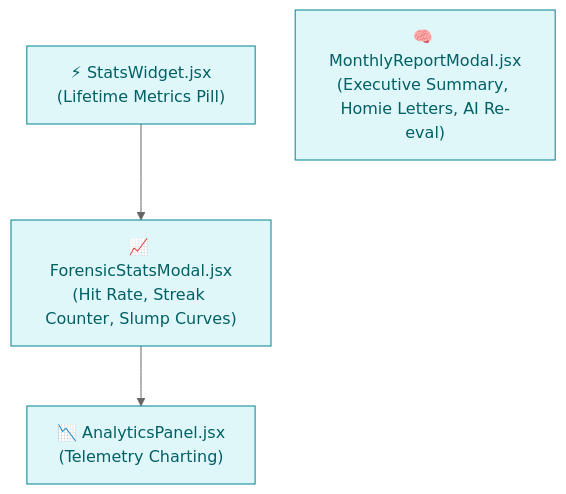
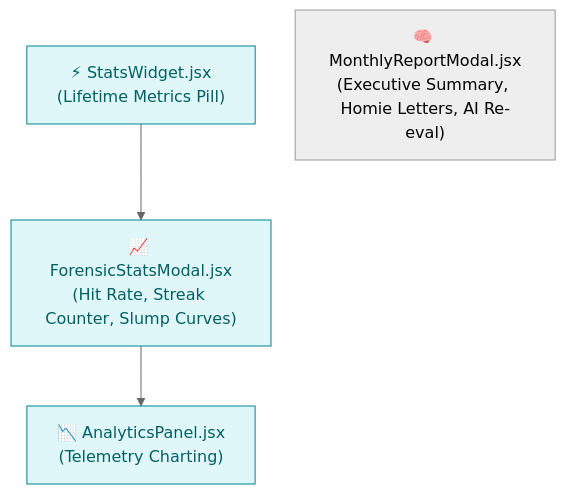
One commit to TRINNO112/shit-or-hit changed the seventh of 9 diagrams in README.md. Above: the diagram before and after it, drawn with Mermaid (neutral theme). The commit also changed other lines of this file and 24 other files, not shown here.

````diff
--- a/README.md
+++ b/README.md
@@ -177,15 +182,16 @@
 ```mermaid
 %%{init: {'flowchart': {'nodeSpacing': 40, 'rankSpacing': 60, 'curve': 'basis'}}}%%
 flowchart TD
     StatsWidget["⚡ StatsWidget.jsx<br/>(Lifetime Metrics Pill)"]
     ForensicModal["📈 ForensicStatsModal.jsx<br/>(Hit Rate, Streak Counter, Slump Curves)"]
     AnalyticsPanel["📉 AnalyticsPanel.jsx<br/>(Telemetry Charting)"]
     MonthlyDossierModal["🧠 MonthlyReportModal.jsx<br/>(Executive Summary, Homie Letters, AI Re-eval)"]
 
     StatsWidget --> ForensicModal
     ForensicModal --> AnalyticsPanel
     MonthlyDossierModal
 
     classDef l6 fill:#E0F7FA,stroke:#00838F,color:#006064
-    class StatsWidget,ForensicModal,AnalyticsPanel,MonthlyDossierModal l6
+    class StatsWidget,ForensicModal,AnalyticsPanel l6
+    class MonthlyDossierModal ai
 ```
````
